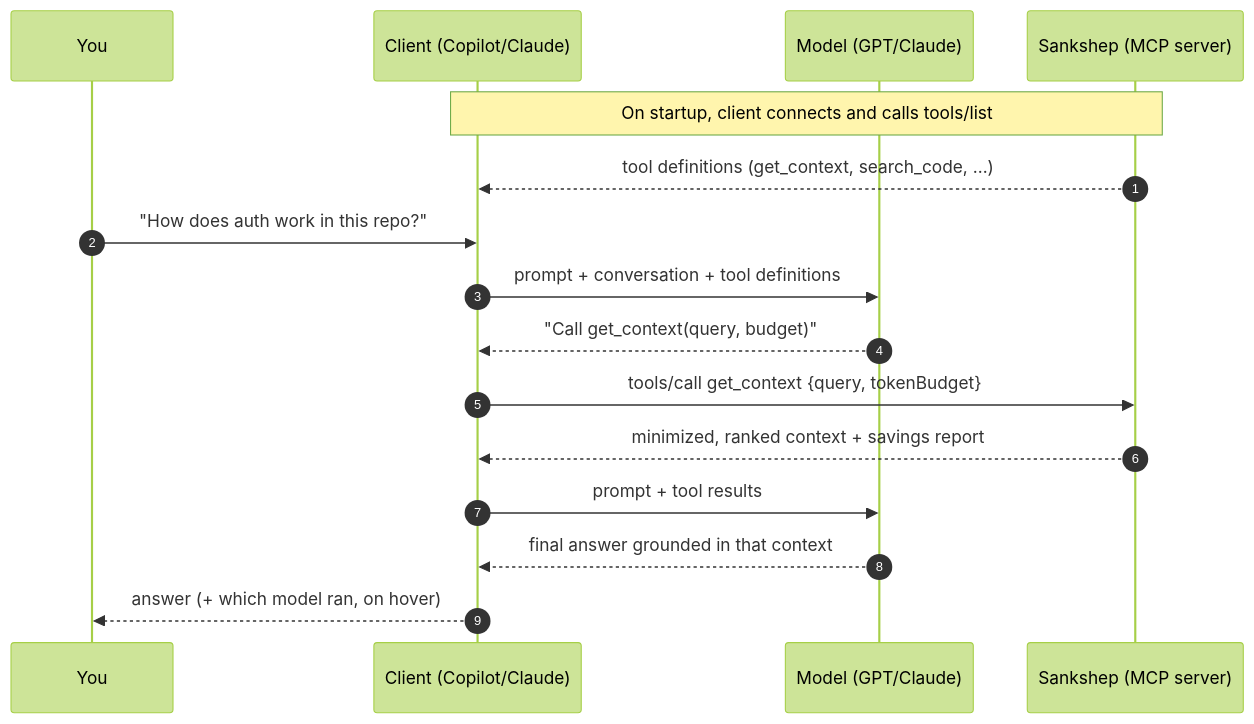
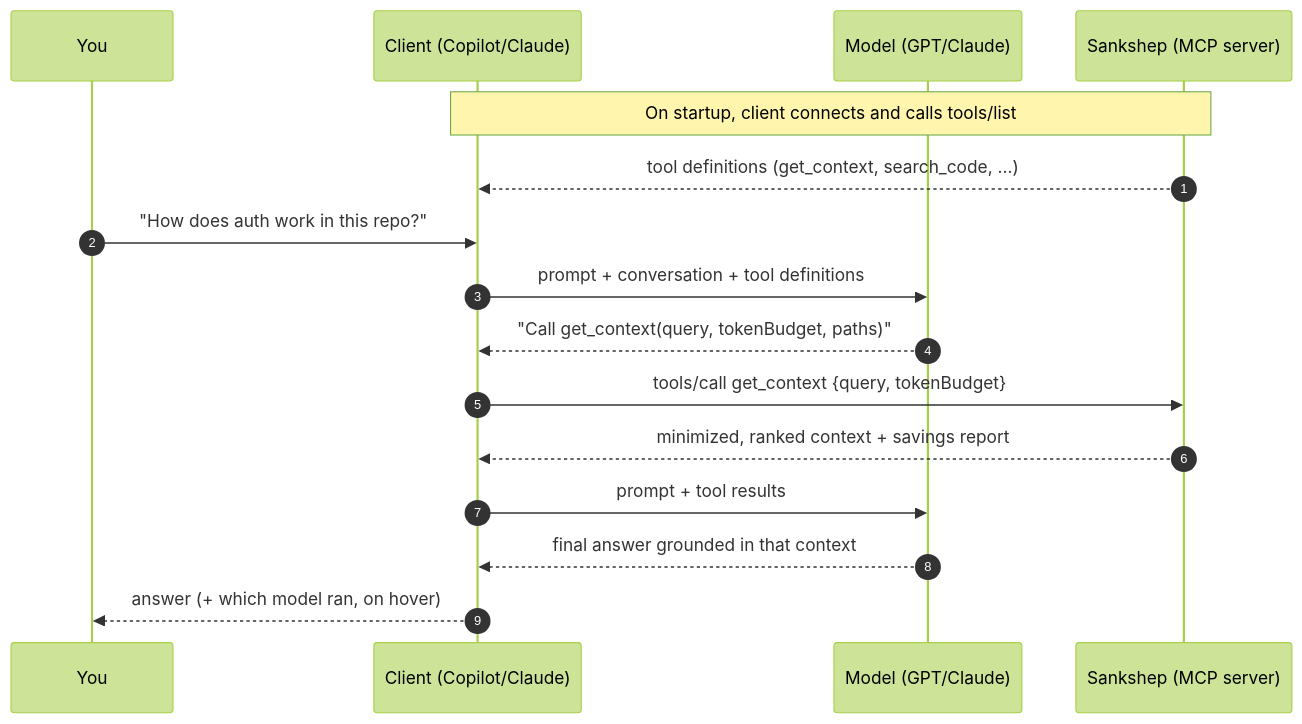
The fourth of 7 diagrams in docs/how-it-works.md (nitinpawar28/sankshep-docs), drawn with Mermaid (forest theme) before and after one commit. The commit also changed other lines of this file and 8 other files, not shown here.

````diff
--- a/docs/how-it-works.md
+++ b/docs/how-it-works.md
@@ -148,19 +148,19 @@
 ```mermaid
 sequenceDiagram
     autonumber
     participant U as You
     participant Client as Client (Copilot/Claude)
     participant Model as Model (GPT/Claude)
     participant S as Sankshep (MCP server)
 
     Note over Client,S: On startup, client connects and calls tools/list
     S-->>Client: tool definitions (get_context, search_code, …)
     U->>Client: "How does auth work in this repo?"
     Client->>Model: prompt + conversation + tool definitions
-    Model-->>Client: "Call get_context(query, budget)"
+    Model-->>Client: "Call get_context(query, tokenBudget, paths)"
     Client->>S: tools/call get_context {query, tokenBudget}
     S-->>Client: minimized, ranked context + savings report
     Client->>Model: prompt + tool results
     Model-->>Client: final answer grounded in that context
     Client-->>U: answer (+ which model ran, on hover)
 ```
````
